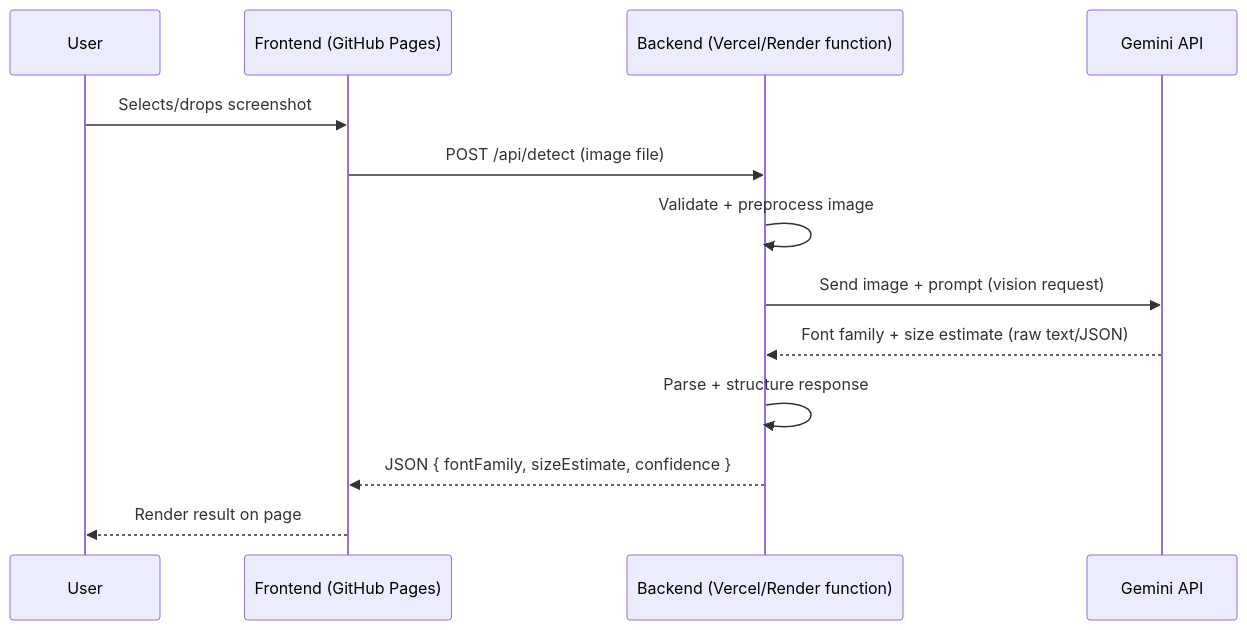
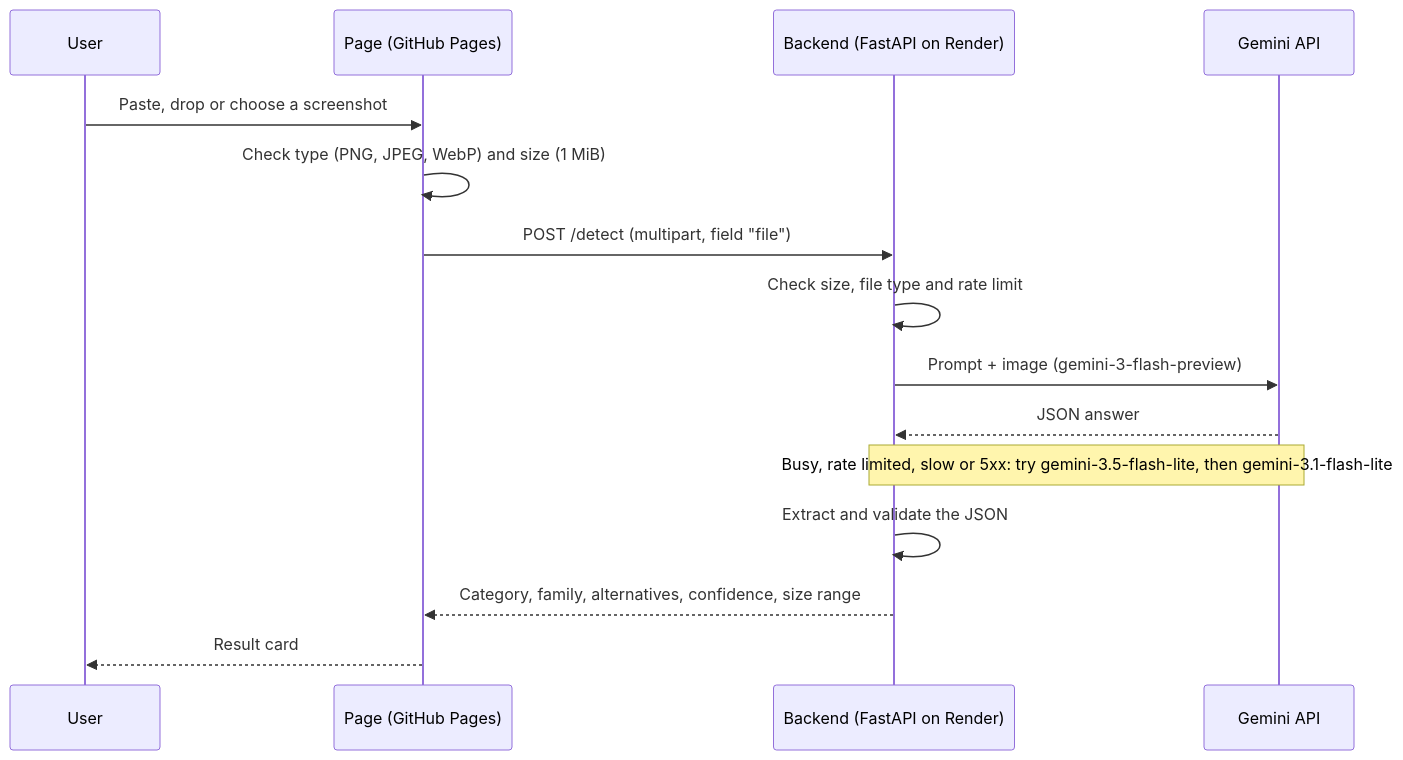
Before and after one commit to LeoHeinn/FontFinder: the diagram in ReadMe.md, drawn with Mermaid. The commit also changed other lines of this file and 2 other files, not shown here.

Commit message:
Add screenshots for result display and start page

````diff
--- a/ReadMe.md
+++ b/ReadMe.md
@@ -21,16 +22,18 @@
 ```mermaid
 sequenceDiagram
     participant U as User
-    participant F as Frontend (GitHub Pages)
-    participant B as Backend (Vercel/Render function)
+    participant F as Page (GitHub Pages)
+    participant B as Backend (FastAPI on Render)
     participant G as Gemini API
 
-    U->>F: Selects/drops screenshot
-    F->>B: POST /api/detect (image file)
-    B->>B: Validate + preprocess image
-    B->>G: Send image + prompt (vision request)
-    G-->>B: Font family + size estimate (raw text/JSON)
-    B->>B: Parse + structure response
-    B-->>F: JSON { fontFamily, sizeEstimate, confidence }
-    F-->>U: Render result on page
+    U->>F: Paste, drop or choose a screenshot
+    F->>F: Check type (PNG, JPEG, WebP) and size (1 MiB)
+    F->>B: POST /detect (multipart, field "file")
+    B->>B: Check size, file type and rate limit
+    B->>G: Prompt + image (gemini-3-flash-preview)
+    G-->>B: JSON answer
+    Note over B,G: Busy, rate limited, slow or 5xx: try gemini-3.5-flash-lite, then gemini-3.1-flash-lite
+    B->>B: Extract and validate the JSON
+    B-->>F: Category, family, alternatives, confidence, size range
+    F-->>U: Result card
 ```
````
